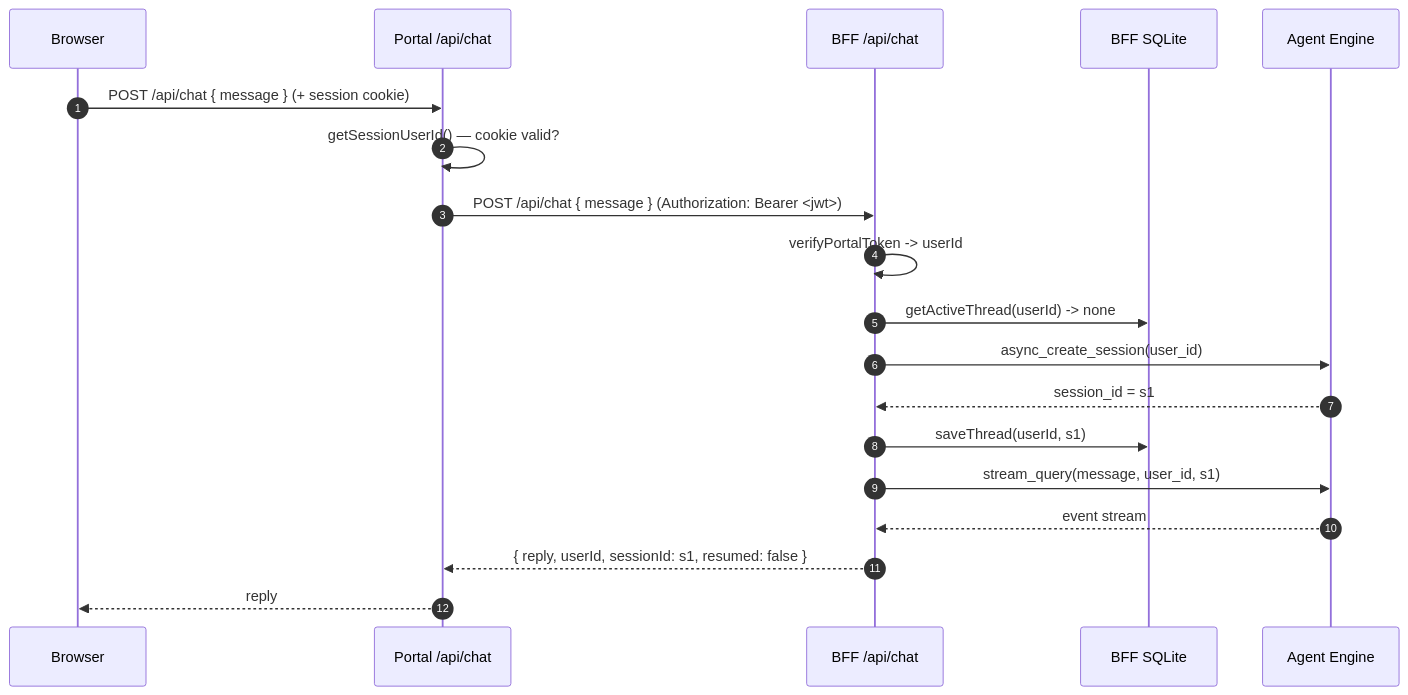
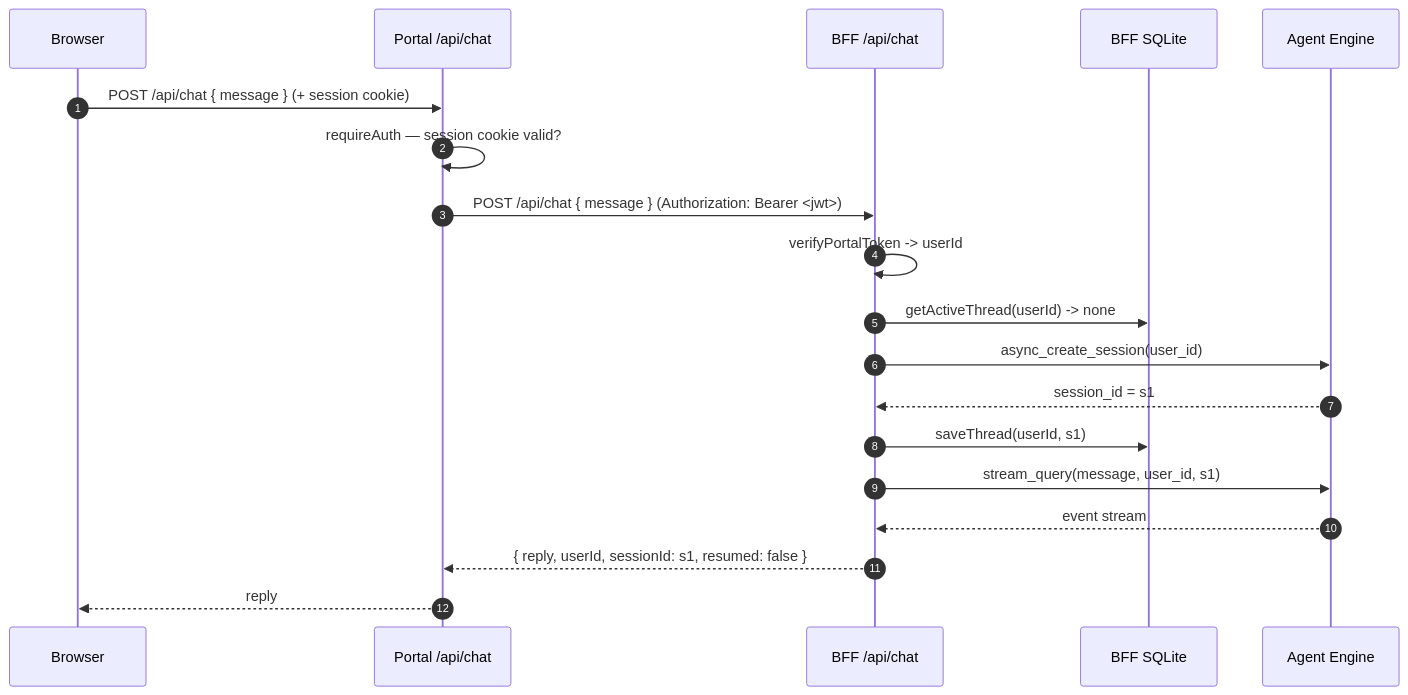
The eighth of 9 diagrams in ARCHITECTURE.md (akashh94/akapal-geap-chat-portal), drawn with Mermaid before and after one commit. The commit also changed other lines of this file and 7 other files, not shown here.

````diff
--- a/ARCHITECTURE.md
+++ b/ARCHITECTURE.md
@@ -376,22 +381,22 @@
 ```mermaid
 sequenceDiagram
   autonumber
   participant U as Browser
   participant P as Portal /api/chat
   participant B as BFF /api/chat
   participant DB as BFF SQLite
   participant A as Agent Engine
 
   U->>P: POST /api/chat { message }  (+ session cookie)
-  P->>P: getSessionUserId() — cookie valid?
+  P->>P: requireAuth — session cookie valid?
   P->>B: POST /api/chat { message }  (Authorization: Bearer <jwt>)
   B->>B: verifyPortalToken -> userId
   B->>DB: getActiveThread(userId) -> none
   B->>A: async_create_session(user_id)
   A-->>B: session_id = s1
   B->>DB: saveThread(userId, s1)
   B->>A: stream_query(message, user_id, s1)
   A-->>B: event stream
   B-->>P: { reply, userId, sessionId: s1, resumed: false }
   P-->>U: reply
 ```
````
